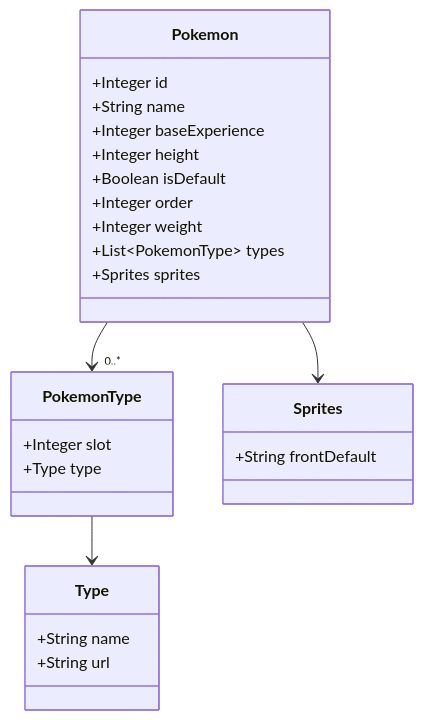
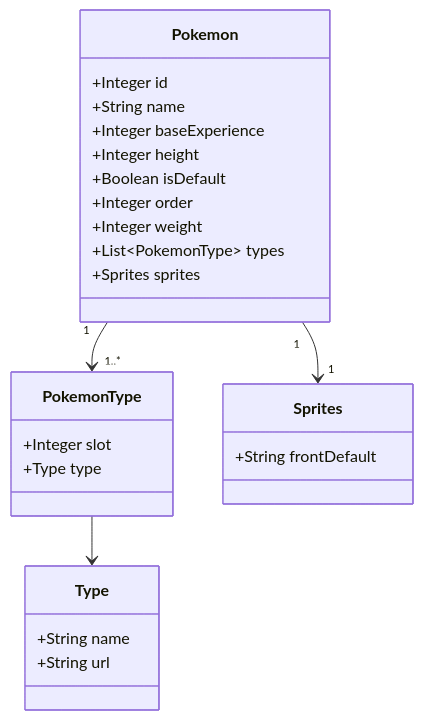
The diagram in README.md (Tavaressan/pokeapi-restful-api-consumption), drawn with Mermaid before and after one commit.

````diff
--- a/README.md
+++ b/README.md
@@ -5,32 +5,32 @@
 ```mermaid
 classDiagram
     class Pokemon {
         +Integer id
         +String name
         +Integer baseExperience
         +Integer height
         +Boolean isDefault
         +Integer order
         +Integer weight
         +List~PokemonType~ types
         +Sprites sprites
     }
 
     class PokemonType {
         +Integer slot
         +Type type
     }
 
     class Type {
         +String name
         +String url
     }
 
     class Sprites {
         +String frontDefault
     }
 
-    Pokemon --> "0..*" PokemonType
+    Pokemon "1" --> "1..*" PokemonType
     PokemonType --> Type
-    Pokemon --> Sprites
+    Pokemon "1" --> "1" Sprites
 ```
````
